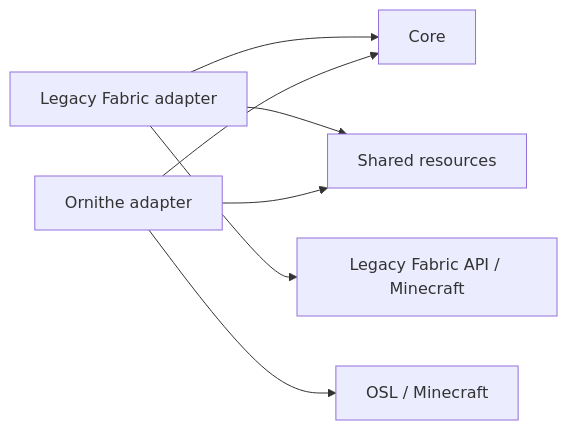
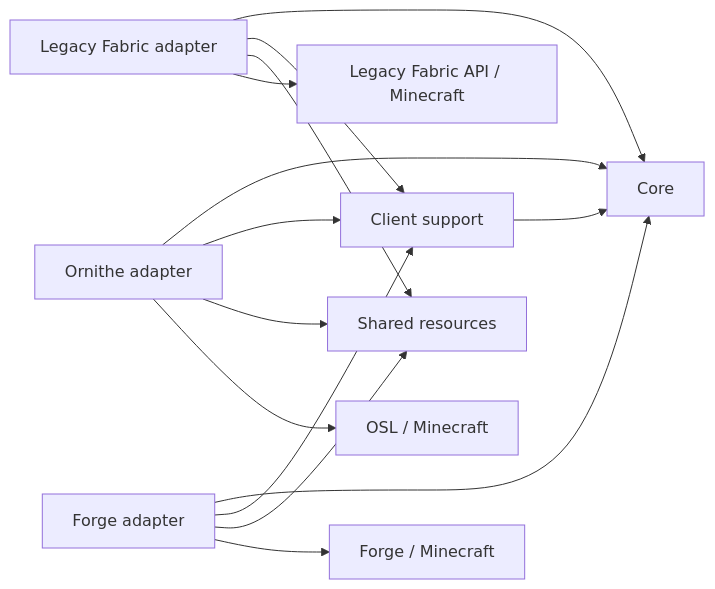
One commit to metaconscious/legacy-visible-barrier changed the diagram in docs/architecture.md. Above: the diagram before and after it, drawn with Mermaid. The commit also changed other lines of this file and 84 other files, not shown here.

Commit message:
Add Forge 1.8.9 and Quilt support

````diff
--- a/docs/architecture.md
+++ b/docs/architecture.md
@@ -18,9 +18,16 @@
 ```mermaid
 flowchart LR
     LF[Legacy Fabric adapter] --> C[Core]
     O[Ornithe adapter] --> C
+    F[Forge adapter] --> C
+    LF --> S[Client support]
+    O --> S
+    F --> S
+    S --> C
     LF --> R[Shared resources]
     O --> R
+    F --> R
     LF --> LFA[Legacy Fabric API / Minecraft]
     O --> OSL[OSL / Minecraft]
+    F --> FA[Forge / Minecraft]
 ```
````
